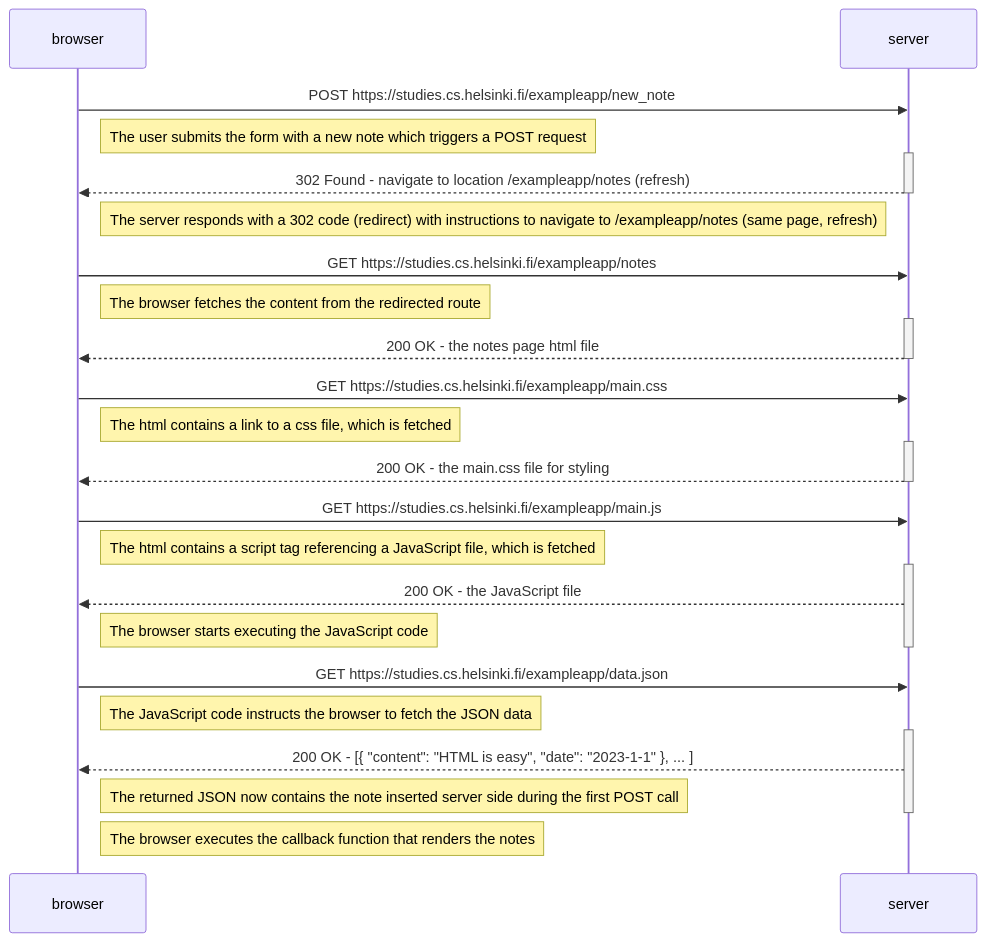
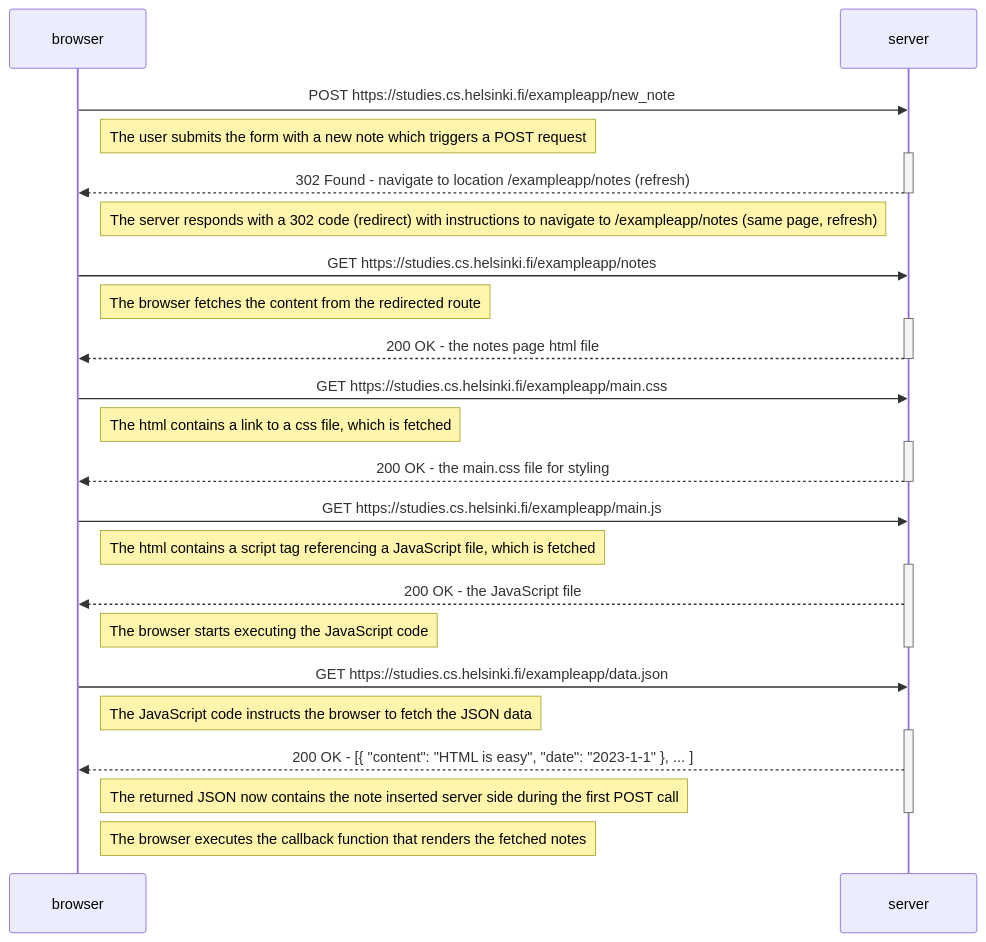
One commit to philipmuller/fullstackopen changed the diagram in Part0/04.md. Above: the diagram before and after it, drawn with Mermaid.

````diff
--- a/Part0/04.md
+++ b/Part0/04.md
@@ -3,42 +3,42 @@
 ```mermaid
 sequenceDiagram
     participant browser
     participant server
 
     browser->>server: POST https://studies.cs.helsinki.fi/exampleapp/new_note
     Note right of browser: The user submits the form with a new note which triggers a POST request
     activate server
     server-->>browser: 302 Found - navigate to location /exampleapp/notes (refresh)
     deactivate server
     Note right of browser: The server responds with a 302 code (redirect) with instructions to navigate to /exampleapp/notes (same page, refresh)
 
     browser->>server: GET https://studies.cs.helsinki.fi/exampleapp/notes
     Note right of browser: The browser fetches the content from the redirected route
     activate server
     server-->>browser: 200 OK - the notes page html file
     deactivate server
 
     browser->>server: GET https://studies.cs.helsinki.fi/exampleapp/main.css
     Note right of browser: The html contains a link to a css file, which is fetched
     activate server
     server-->>browser: 200 OK - the main.css file for styling
     deactivate server
 
     browser->>server: GET https://studies.cs.helsinki.fi/exampleapp/main.js
     Note right of browser: The html contains a script tag referencing a JavaScript file, which is fetched
     activate server
     server-->>browser: 200 OK - the JavaScript file
     Note right of browser: The browser starts executing the JavaScript code
     deactivate server
 
     
 
     browser->>server: GET https://studies.cs.helsinki.fi/exampleapp/data.json
     Note right of browser: The JavaScript code instructs the browser to fetch the JSON data
     activate server
     server-->>browser: 200 OK - [{ "content": "HTML is easy", "date": "2023-1-1" }, ... ]
     Note right of browser: The returned JSON now contains the note inserted server side during the first POST call
     deactivate server
 
-    Note right of browser: The browser executes the callback function that renders the notes
+    Note right of browser: The browser executes the callback function that renders the fetched notes
 ```
````
